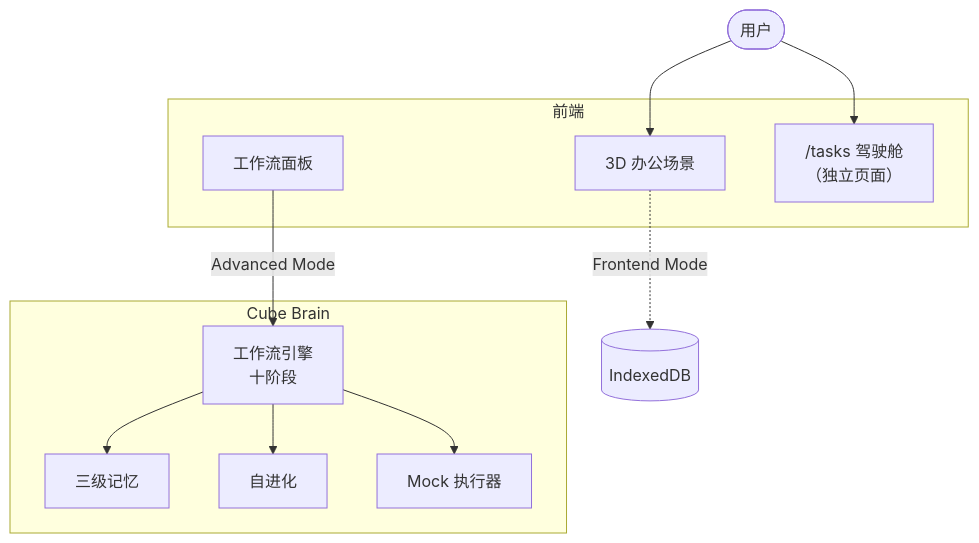
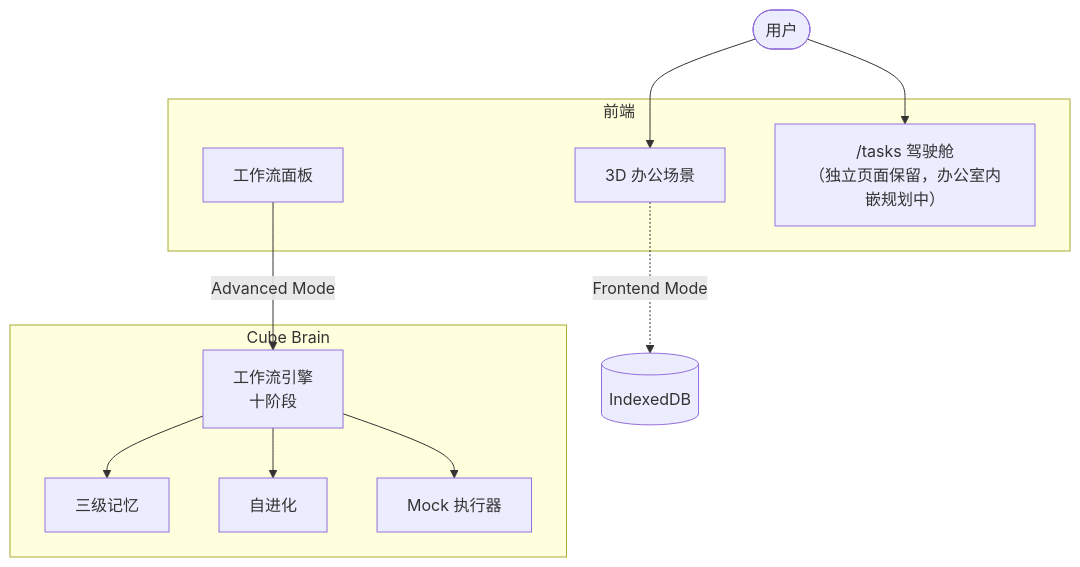
One commit to xiaojilele-glitch/cube-pets-office changed the second of 6 diagrams in .kiro/steering/spec-execution-roadmap.md. Above: the diagram before and after it, drawn with Mermaid. The commit also changed other lines of this file and 5 other files, not shown here.

````diff
--- a/.kiro/steering/spec-execution-roadmap.md
+++ b/.kiro/steering/spec-execution-roadmap.md
@@ -327,22 +334,22 @@
 ```mermaid
 flowchart TB
   User([用户])
 
   subgraph Client["前端"]
     Scene3D["3D 办公场景"]
     WFPanel["工作流面板"]
-    Tasks["/tasks 驾驶舱<br/>（独立页面）"]
+    Tasks["/tasks 驾驶舱<br/>（独立页面保留，办公室内嵌规划中）"]
   end
 
   subgraph Brain["Cube Brain"]
     Engine["工作流引擎<br/>十阶段"]
     Memory["三级记忆"]
     Evo["自进化"]
     Mock["Mock 执行器"]
   end
 
   User --> Scene3D & Tasks
   Scene3D -.->|Frontend Mode| IDB[(IndexedDB)]
   WFPanel -->|Advanced Mode| Engine
   Engine --> Memory & Evo & Mock
 ```
````
